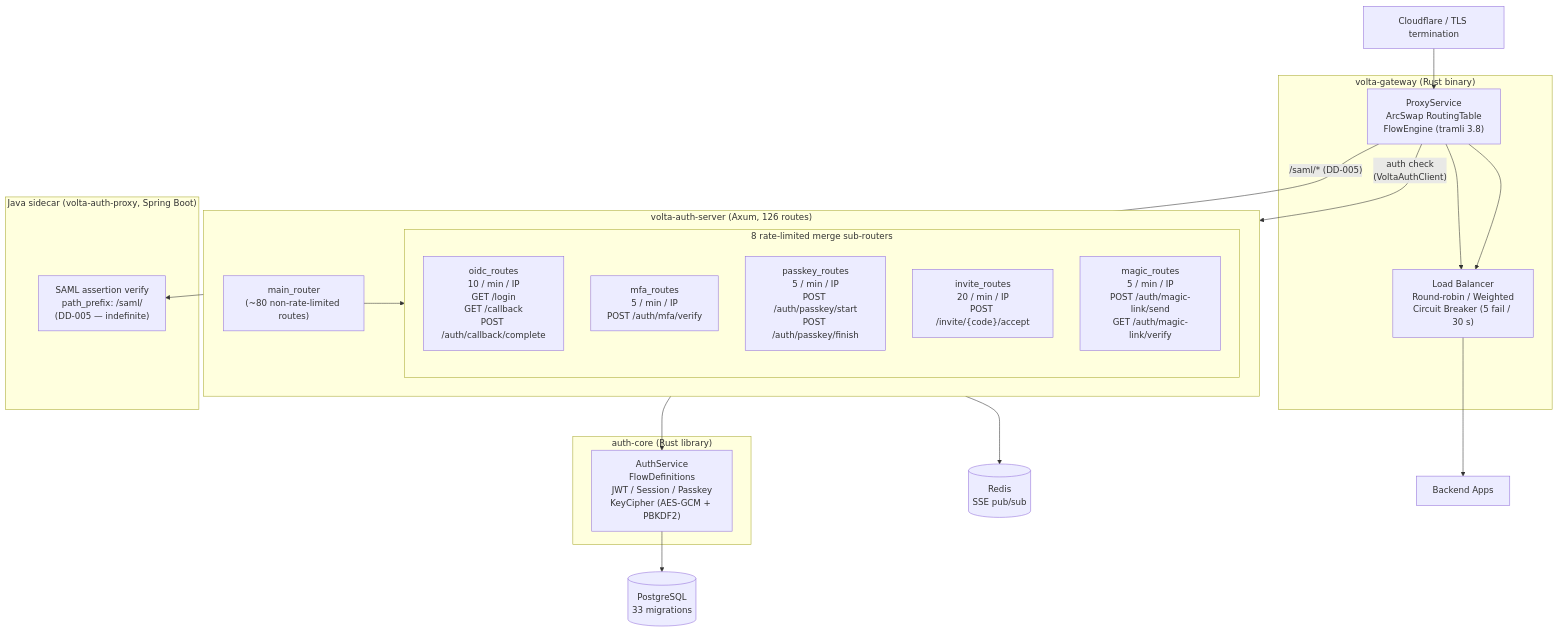
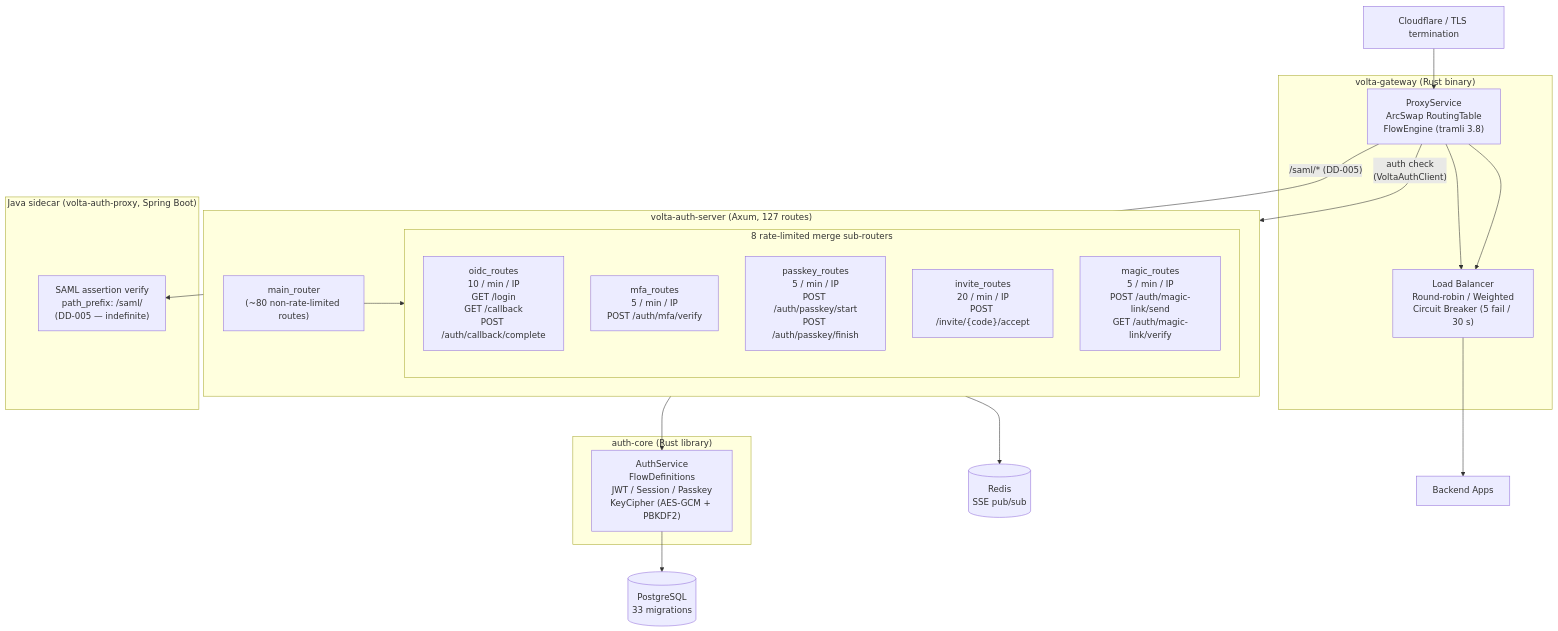
Before and after one commit to opaopa6969/volta-gateway: the seventh of 11 diagrams in spec/SPEC.md, drawn with Mermaid. The commit also changed other lines of this file and 8 other files, not shown here.

````diff
--- a/spec/SPEC.md
+++ b/spec/SPEC.md
@@ -1963,44 +1963,44 @@
 ```mermaid
 graph TB
     CF["Cloudflare / TLS termination"]
 
     subgraph volta-gateway ["volta-gateway (Rust binary)"]
         GW["ProxyService<br/>ArcSwap RoutingTable<br/>FlowEngine (tramli 3.8)"]
         LB["Load Balancer<br/>Round-robin / Weighted<br/>Circuit Breaker (5 fail / 30 s)"]
     end
 
-    subgraph auth-server ["volta-auth-server (Axum, 126 routes)"]
+    subgraph auth-server ["volta-auth-server (Axum, 127 routes)"]
         MAIN["main_router<br/>(~80 non-rate-limited routes)"]
 
         subgraph rate_limited ["8 rate-limited merge sub-routers"]
             OIDC["oidc_routes<br/>10 / min / IP<br/>GET /login<br/>GET /callback<br/>POST /auth/callback/complete"]
             MFA["mfa_routes<br/>5 / min / IP<br/>POST /auth/mfa/verify"]
             PK["passkey_routes<br/>5 / min / IP<br/>POST /auth/passkey/start<br/>POST /auth/passkey/finish"]
             INV["invite_routes<br/>20 / min / IP<br/>POST /invite/{code}/accept"]
             ML["magic_routes<br/>5 / min / IP<br/>POST /auth/magic-link/send<br/>GET /auth/magic-link/verify"]
         end
 
         MAIN --> rate_limited
     end
 
     subgraph java_sidecar ["Java sidecar (volta-auth-proxy, Spring Boot)"]
         SAML["SAML assertion verify<br/>path_prefix: /saml/<br/>(DD-005 — indefinite)"]
     end
 
     subgraph auth-core ["auth-core (Rust library)"]
         AC["AuthService<br/>FlowDefinitions<br/>JWT / Session / Passkey<br/>KeyCipher (AES-GCM + PBKDF2)"]
     end
 
     PG[("PostgreSQL<br/>33 migrations")]
     REDIS[("Redis<br/>SSE pub/sub")]
     BACKENDS["Backend Apps"]
 
     CF --> GW
     GW --> LB
     GW -->|"/saml/* (DD-005)"| SAML
     GW -->|"auth check<br/>(VoltaAuthClient)"| auth-server
     GW --> LB --> BACKENDS
     auth-server --> AC
     AC --> PG
     auth-server --> REDIS
 ```
````
